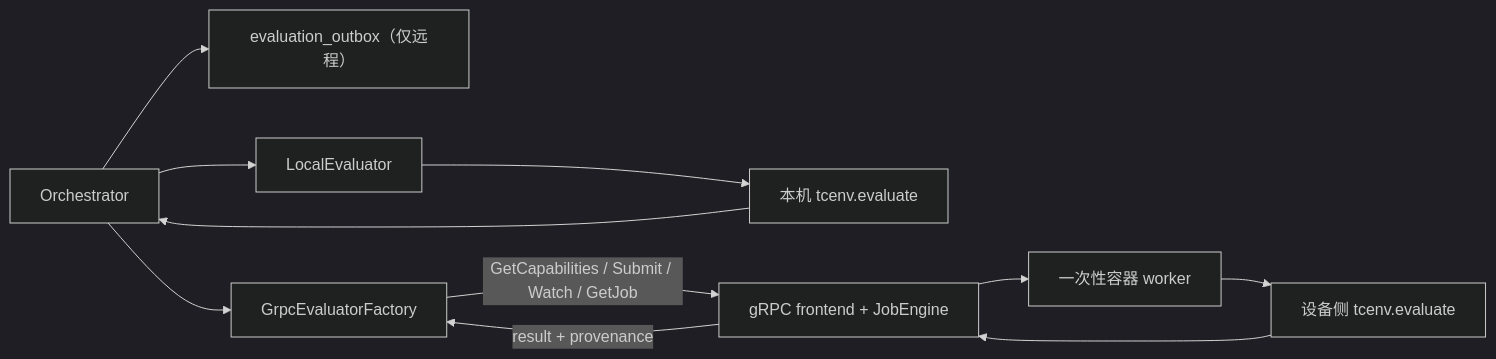
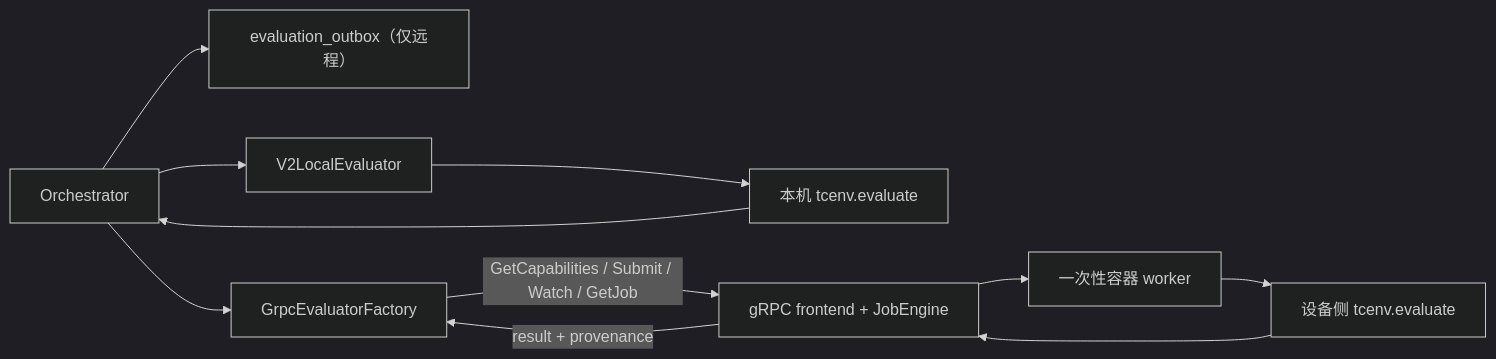
The first of 7 diagrams in docs/架构/评测.md (kuafuwang/ShapeForge), drawn with Mermaid (dark theme) before and after one commit. The commit also changed other lines of this file and 93 other files, not shown here.

````diff
--- a/docs/架构/评测.md
+++ b/docs/架构/评测.md
@@ -165,13 +165,13 @@
 ```mermaid
 flowchart LR
   O["Orchestrator"] --> Q["evaluation_outbox（仅远程）"]
-  O --> L["LocalEvaluator"]
+  O --> L["V2LocalEvaluator"]
   O --> R["GrpcEvaluatorFactory"]
   L --> V["本机 tcenv.evaluate"]
   R -->|GetCapabilities / Submit / Watch / GetJob| S["gRPC frontend + JobEngine"]
   S --> W["一次性容器 worker"]
   W --> V2["设备侧 tcenv.evaluate"]
   S -->|result + provenance| R
   V --> O
   V2 --> S
 ```
````
